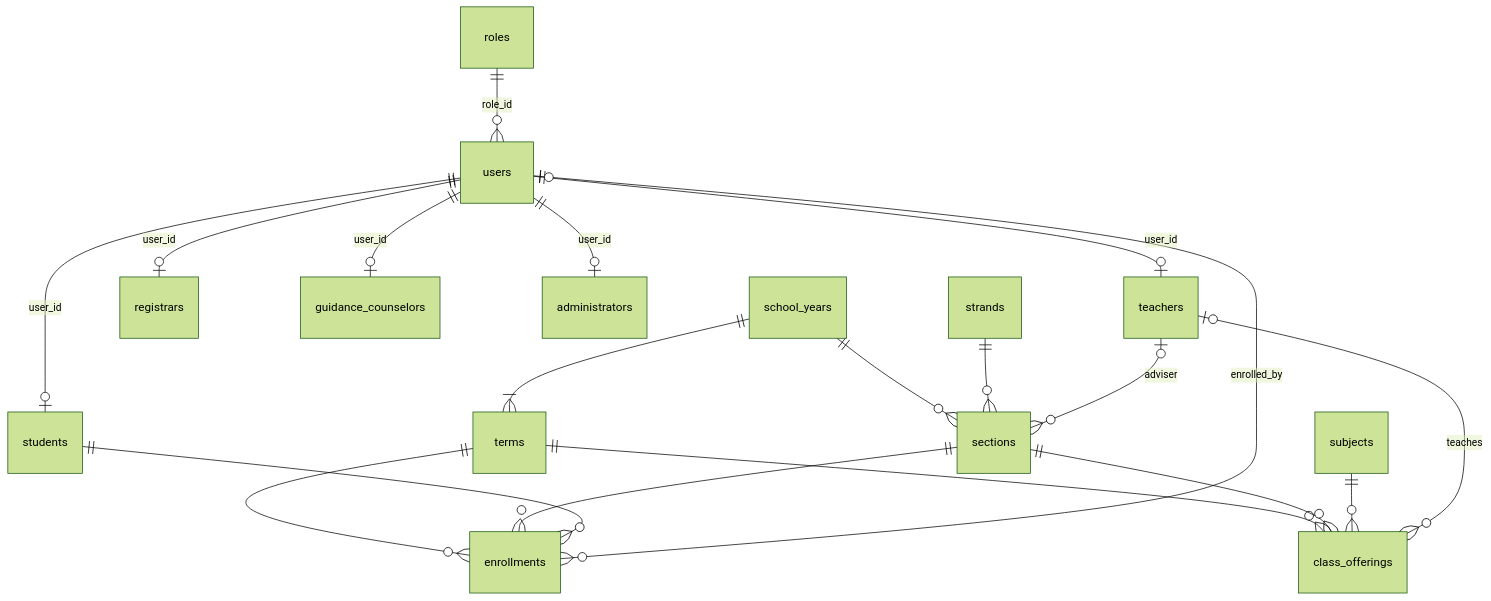
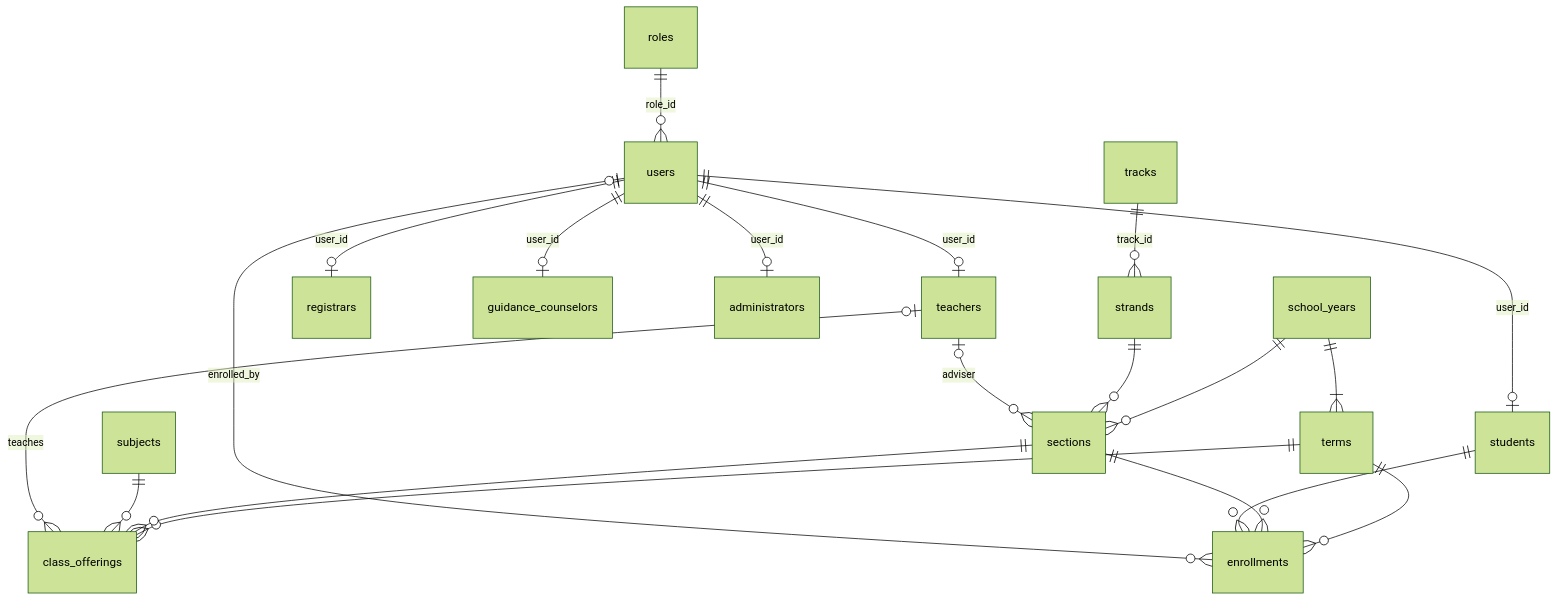
The diagram in docs/database.md (Vargasjecco18/SEAITTLMS), drawn with Mermaid (forest theme) before and after one commit. The commit also changed other lines of this file and 10 other files, not shown here.

````diff
--- a/docs/database.md
+++ b/docs/database.md
@@ -21,24 +27,25 @@
 ```mermaid
 erDiagram
     roles ||--o{ users : "role_id"
     users ||--o| students : "user_id"
     users ||--o| teachers : "user_id"
     users ||--o| registrars : "user_id"
     users ||--o| guidance_counselors : "user_id"
     users ||--o| administrators : "user_id"
 
     school_years ||--|{ terms : ""
     school_years ||--o{ sections : ""
+    tracks ||--o{ strands : "track_id"
     strands ||--o{ sections : ""
     teachers |o--o{ sections : "adviser"
 
     terms ||--o{ class_offerings : ""
     sections ||--o{ class_offerings : ""
     subjects ||--o{ class_offerings : ""
     teachers |o--o{ class_offerings : "teaches"
 
     terms ||--o{ enrollments : ""
     sections ||--o{ enrollments : ""
     students ||--o{ enrollments : ""
     users |o--o{ enrollments : "enrolled_by"
 ```
````
